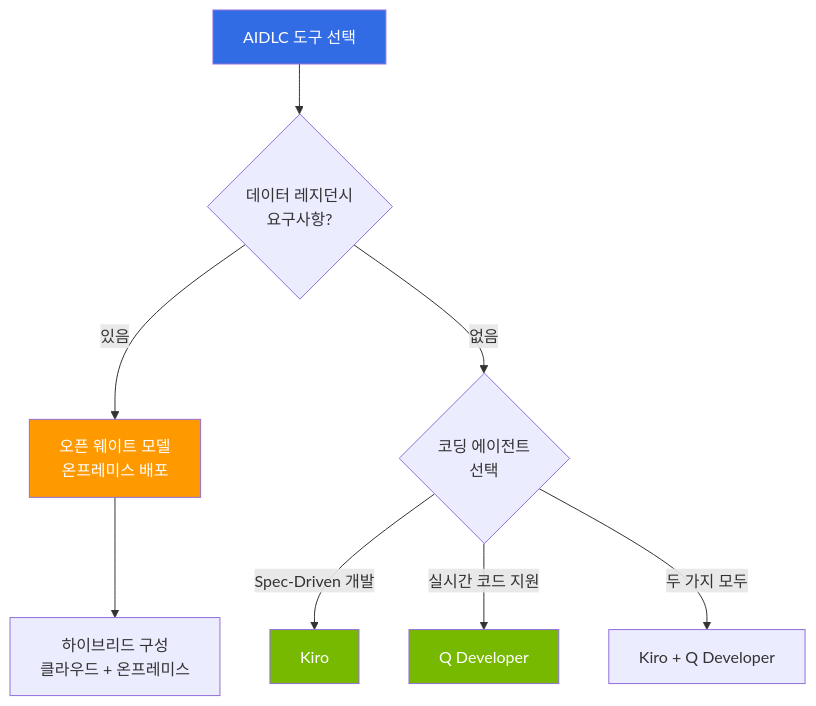
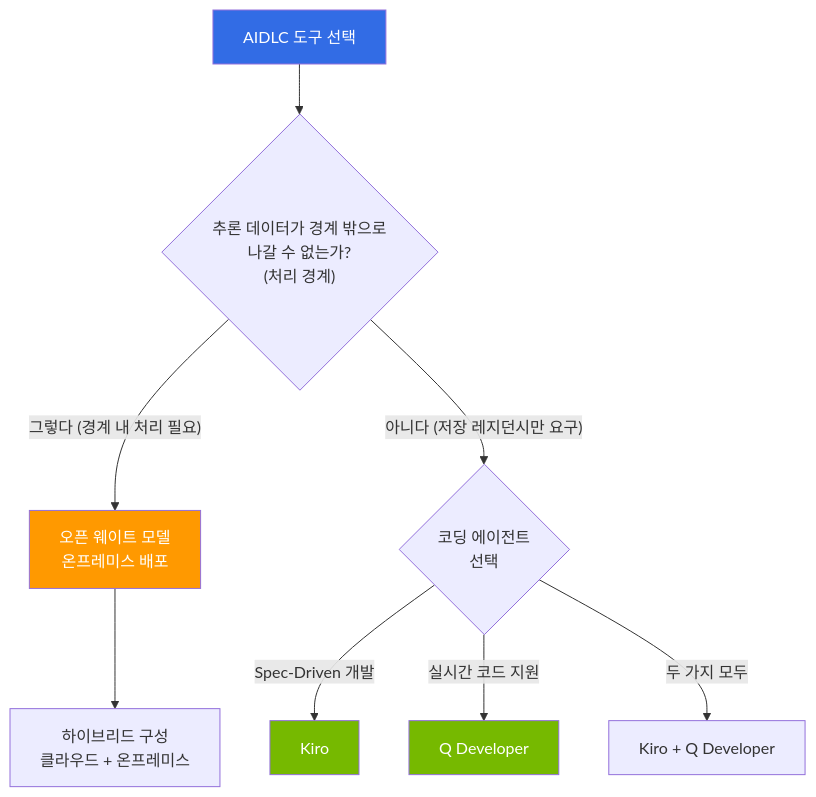
Before and after one commit to devfloor9/engineering-playbook: the diagram in i18n/ko/docusaurus-plugin-content-docs/current/aidlc/toolchain/index.md, drawn with Mermaid. The commit also changed other lines of this file and 7 other files, not shown here.

````diff
--- a/i18n/ko/docusaurus-plugin-content-docs/current/aidlc/toolchain/index.md
+++ b/i18n/ko/docusaurus-plugin-content-docs/current/aidlc/toolchain/index.md
@@ -35,15 +35,15 @@
 ```mermaid
 flowchart TD
-    START["AIDLC 도구 선택"] --> Q1{"데이터 레지던시<br/>요구사항?"}
-    Q1 -->|있음| OW["오픈 웨이트 모델<br/>온프레미스 배포"]
-    Q1 -->|없음| Q2{"코딩 에이전트<br/>선택"}
+    START["AIDLC 도구 선택"] --> Q1{"추론 데이터가 경계 밖으로<br/>나갈 수 없는가?<br/>(처리 경계)"}
+    Q1 -->|"그렇다 (경계 내 처리 필요)"| OW["오픈 웨이트 모델<br/>온프레미스 배포"]
+    Q1 -->|"아니다 (저장 레지던시만 요구)"| Q2{"코딩 에이전트<br/>선택"}
     Q2 -->|"Spec-Driven 개발"| KIRO["Kiro"]
     Q2 -->|"실시간 코드 지원"| QD["Q Developer"]
     Q2 -->|"두 가지 모두"| BOTH["Kiro + Q Developer"]
     OW --> HYBRID["하이브리드 구성<br/>클라우드 + 온프레미스"]
 
     style START fill:#326ce5,color:#fff
     style OW fill:#ff9900,color:#fff
     style KIRO fill:#76b900,color:#fff
     style QD fill:#76b900,color:#fff
 ```
````
